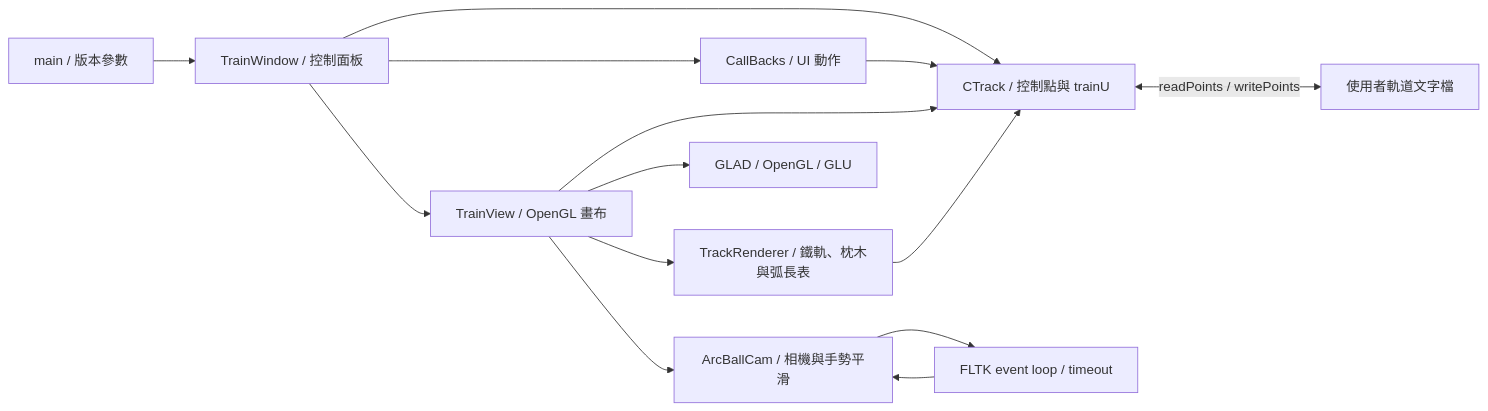
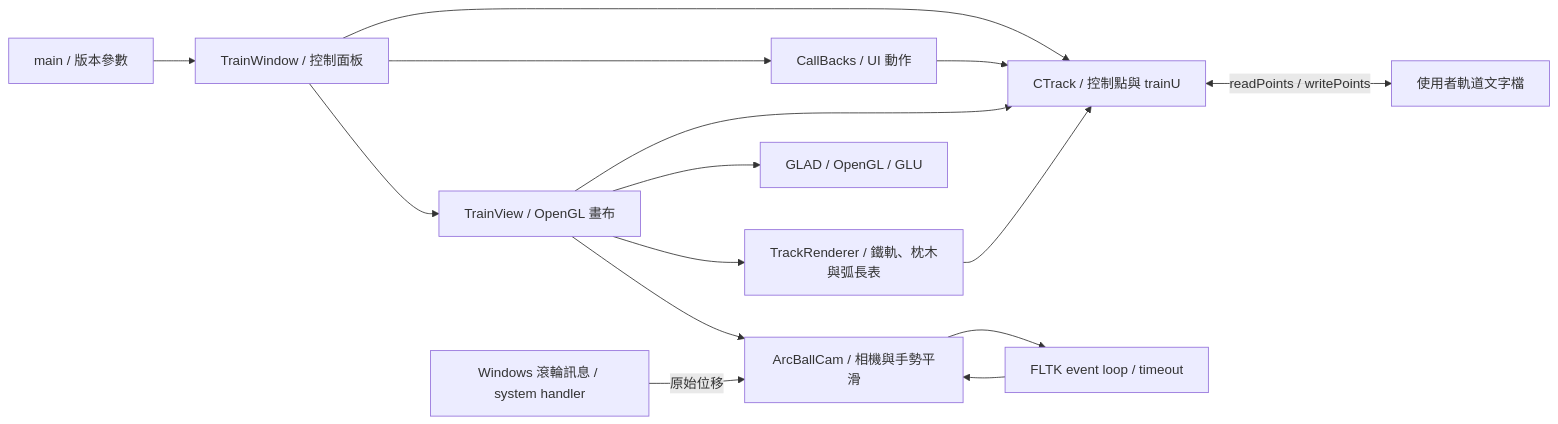
Before and after one commit to wj6wj6/RollerCoasters: the diagram in docs/architecture.md, drawn with Mermaid. The commit also changed other lines of this file and 7 other files, not shown here.

````diff
--- a/docs/architecture.md
+++ b/docs/architecture.md
@@ -3,16 +3,17 @@
 ```mermaid
 flowchart LR
     Main[main / 版本參數] --> Window[TrainWindow / 控制面板]
     Window --> View[TrainView / OpenGL 畫布]
     Window --> Track[CTrack / 控制點與 trainU]
     Window --> Callbacks[CallBacks / UI 動作]
     Callbacks --> Track
     View --> Track
     View --> Rails[TrackRenderer / 鐵軌、枕木與弧長表]
     Rails --> Track
     View --> Camera[ArcBallCam / 相機與手勢平滑]
     Camera --> Timer[FLTK event loop / timeout]
     Timer --> Camera
+    Wheel[Windows 滾輪訊息 / system handler] -->|原始位移| Camera
     Track <-->|readPoints / writePoints| File[使用者軌道文字檔]
     View --> GL[GLAD / OpenGL / GLU]
 ```
````
